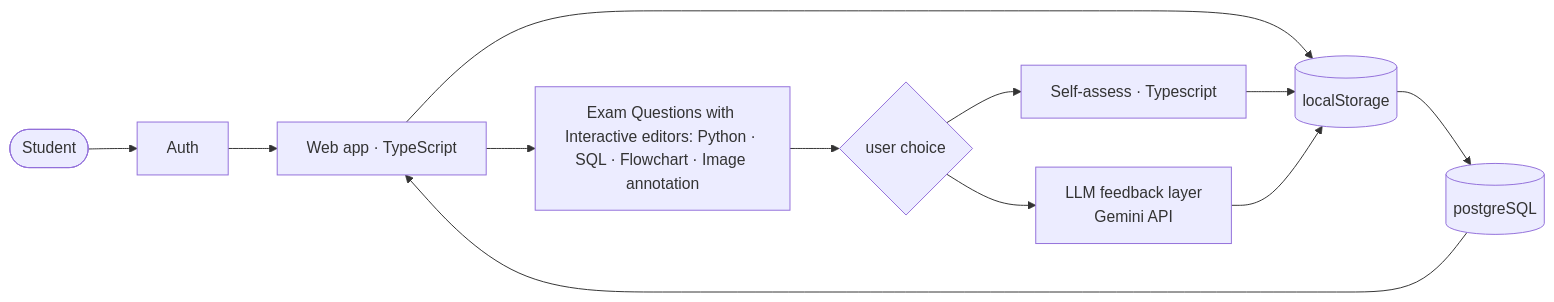
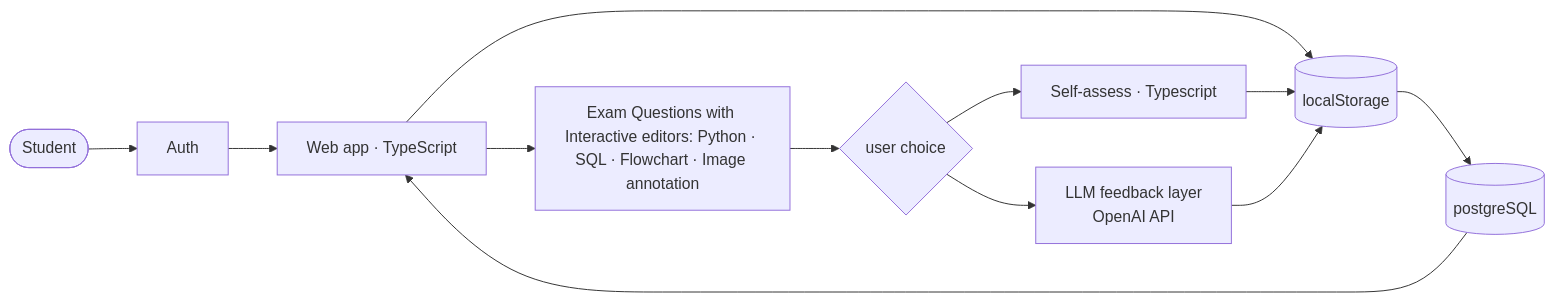
The first of 2 diagrams in ReadMe.md (lmcrean/lmcrean), drawn with Mermaid before and after one commit.

Commit message:
Update LLM API reference from Gemini to OpenAI

````diff
--- a/ReadMe.md
+++ b/ReadMe.md
@@ -25,14 +25,14 @@
 ```mermaid
 flowchart LR
     Student([Student]) --> Auth[Auth]
     Auth --> App[Web app · TypeScript]
     App --> Editors["Exam Questions with <br>Interactive editors: Python · SQL · Flowchart · Image annotation"]
     App --> DB[(localStorage)]
     DB[(localStorage)] --> DB2[(postgreSQL)]
     Editors --> ASS{user choice}
-    ASS --> LLM["LLM feedback layer<br/>Gemini API"]
+    ASS --> LLM["LLM feedback layer<br/>OpenAI API"]
     ASS --> SA["Self-assess · Typescript"]
     SA --> DB
     LLM --> DB
     DB2 --> App
 ```
````
